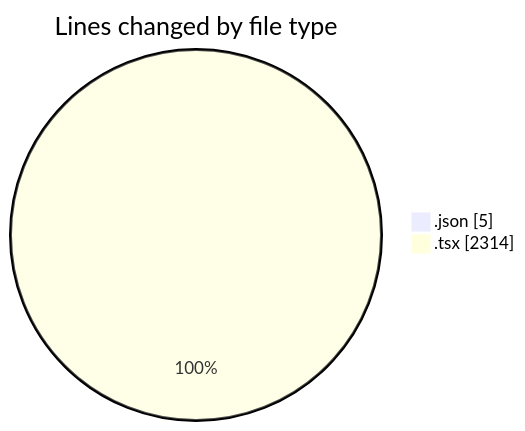
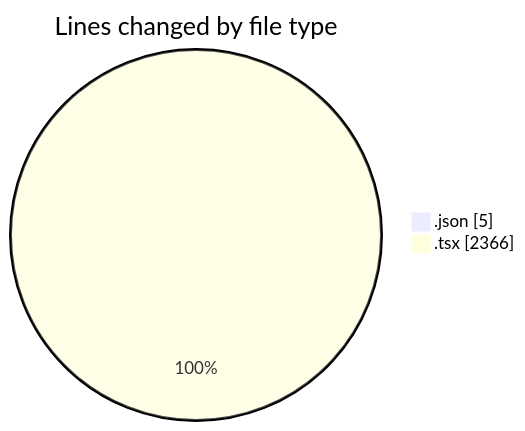
The first of 2 diagrams in 2025-05-29/advertise/README.md (Elitesun/code-tracking), drawn with Mermaid before and after one commit. The commit also changed other lines of this file and 1 other file, not shown here.

````diff
--- a/2025-05-29/advertise/README.md
+++ b/2025-05-29/advertise/README.md
@@ -26,6 +26,6 @@
 ```mermaid
 pie showData
 title Lines changed by file type
 ".json" : 5
-".tsx" : 2314
+".tsx" : 2366
 ```
````
